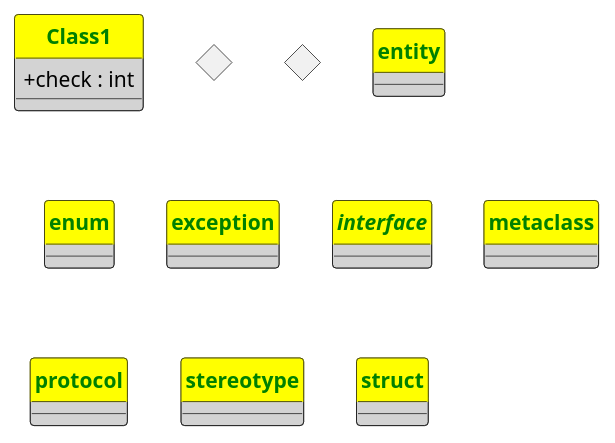
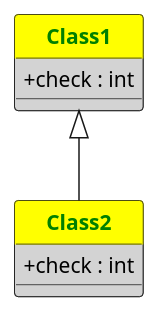
The diagram in prove/Develop03/test.pu (VladKaralius/cse210-projects), drawn with PlantUML before and after one commit.

Commit message:
UML test

```diff
--- a/prove/Develop03/test.pu
+++ b/prove/Develop03/test.pu
@@ -1,40 +1,38 @@
-@startuml
+@startuml test
 hide circle
 skinparam classAttributeIconSize 0
 <style>
 classDiagram {
   class {
       ' attributes and methods
       FontColor black
       BackgroundColor lightgray
       ' class name
       header {
         ' FontSize 20
         BackgroundColor yellow
         FontColor green
         FontStyle bold
       }
   }
 }
 </style>
 
 SkinParam {
     NodeSep 200 ' horizontal spacing
     RankSep 200 ' vertical spacing
 }
 
 class Class1
 {
     + check : int
 }
-diamond         diamond
-<>              diamond_short_form
-entity          entity
-enum            enum
-exception       exception
-interface       interface
-metaclass       metaclass
-protocol        protocol
-stereotype      stereotype
-struct          struct
+
+class Class2
+{
+    + check : int
+}
+
+Class1 <|-- Class2
+
 @enduml
```
